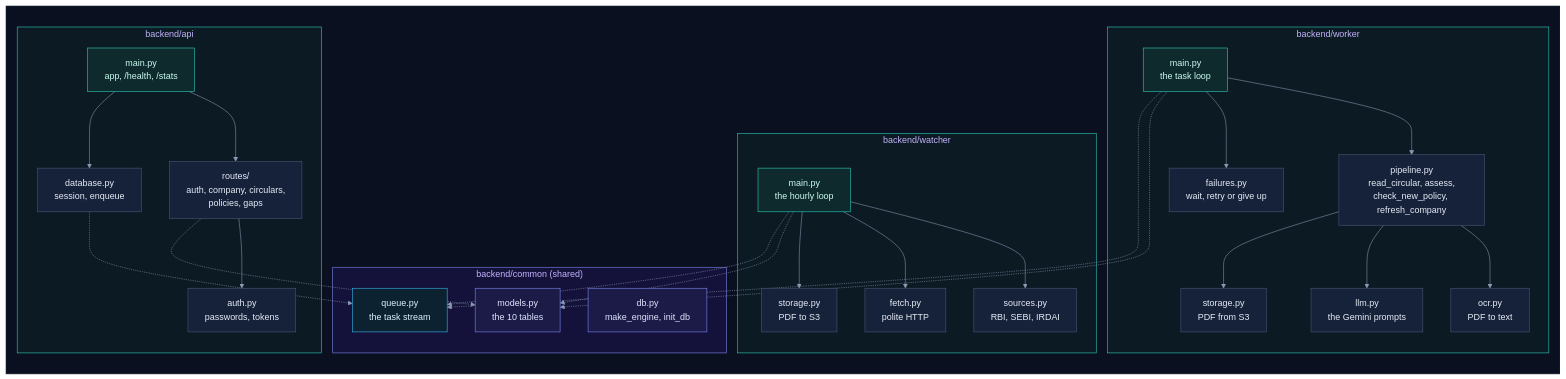
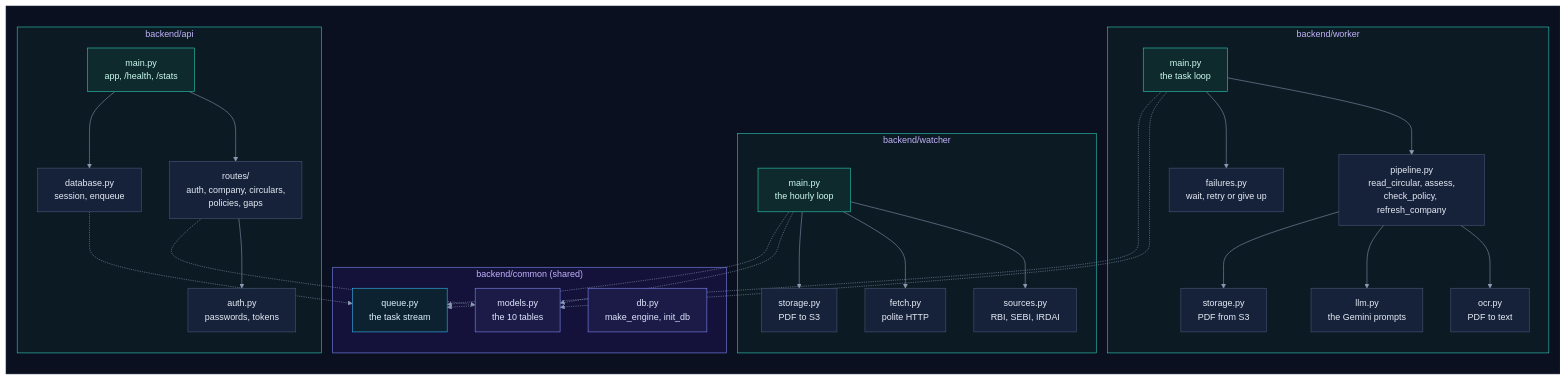
Diagram 22 of 22 in how_it_works.md (selvakumarperumal/Regulatory_Circular_Impact_Agent), drawn with Mermaid before and after one commit. The commit also changed other lines of this file and 9 other files, not shown here.

````diff
--- a/how_it_works.md
+++ b/how_it_works.md
@@ -1369,54 +1367,54 @@
 ```mermaid
 %%{init: {"theme": "base", "flowchart": {"diagramPadding": 0}, "themeVariables": {"darkMode": true, "primaryColor": "#16213a", "primaryTextColor": "#e6edf7", "primaryBorderColor": "#475a7a", "lineColor": "#8b9bb4", "secondaryColor": "#1b2436", "tertiaryColor": "#101a2e", "edgeLabelBackground": "#0f172a", "textColor": "#e2e8f0", "clusterBkg": "#0f1728", "clusterBorder": "#2b3a55", "titleColor": "#c4b5fd", "nodeTextColor": "#e6edf7"}}}%%
 flowchart TB
     subgraph canvas[" "]
         direction TB
         subgraph common["backend/common (shared)"]
             models["models.py<br/>the 10 tables"]
             dbpy["db.py<br/>make_engine, init_db"]
             queuepy["queue.py<br/>the task stream"]
         end
         subgraph watcher["backend/watcher"]
             wmain["main.py<br/>the hourly loop"] --> sources["sources.py<br/>RBI, SEBI, IRDAI"]
             wmain --> fetch["fetch.py<br/>polite HTTP"]
             wmain --> wstore["storage.py<br/>PDF to S3"]
         end
         subgraph worker["backend/worker"]
-            kmain["main.py<br/>the task loop"] --> pipeline["pipeline.py<br/>read_circular, assess,<br/>check_new_policy, refresh_company"]
+            kmain["main.py<br/>the task loop"] --> pipeline["pipeline.py<br/>read_circular, assess,<br/>check_policy, refresh_company"]
             kmain --> failures["failures.py<br/>wait, retry or give up"]
             pipeline --> ocrpy["ocr.py<br/>PDF to text"]
             pipeline --> llm["llm.py<br/>the Gemini prompts"]
             pipeline --> kstore["storage.py<br/>PDF from S3"]
         end
         subgraph api["backend/api"]
             amain["main.py<br/>app, /health, /stats"] --> routes["routes/<br/>auth, company, circulars,<br/>policies, gaps"]
             amain --> database["database.py<br/>session, enqueue"]
             routes --> authpy["auth.py<br/>passwords, tokens"]
         end
         wmain -.-> models
         kmain -.-> models
         routes -.-> models
         wmain -.-> queuepy
         kmain -.-> queuepy
         database -.-> queuepy
     end
 
     class models,dbpy data
     class queuepy queue
     class wmain,kmain,amain svc
     classDef svc fill:#0e2a2c,stroke:#2dd4bf,color:#ccfbf1
     classDef data fill:#1c1a47,stroke:#818cf8,color:#e0e7ff
     classDef ext fill:#2a1640,stroke:#c084fc,color:#f3e8ff
     classDef gpu fill:#2d1b0c,stroke:#fb923c,color:#ffedd5
     classDef ask fill:#2a2410,stroke:#fbbf24,color:#fef3c7
     classDef ok fill:#0b2a1c,stroke:#34d399,color:#d1fae5
     classDef bad fill:#2e0f17,stroke:#fb7185,color:#ffe4e6
     classDef start fill:#1c2a0e,stroke:#a7ef6f,color:#ecfccb
     classDef muted fill:#1a2130,stroke:#64748b,color:#cbd5e1
     classDef queue fill:#0c2231,stroke:#38bdf8,color:#e0f2fe
     style common fill:#14123a,stroke:#818cf8
     style watcher fill:#0c1a24,stroke:#2dd4bf
     style worker fill:#0c1a24,stroke:#2dd4bf
     style api fill:#0c1a24,stroke:#2dd4bf
     style canvas fill:#0b1020,stroke:#1e293b,color:#0b1020
 ```
````
